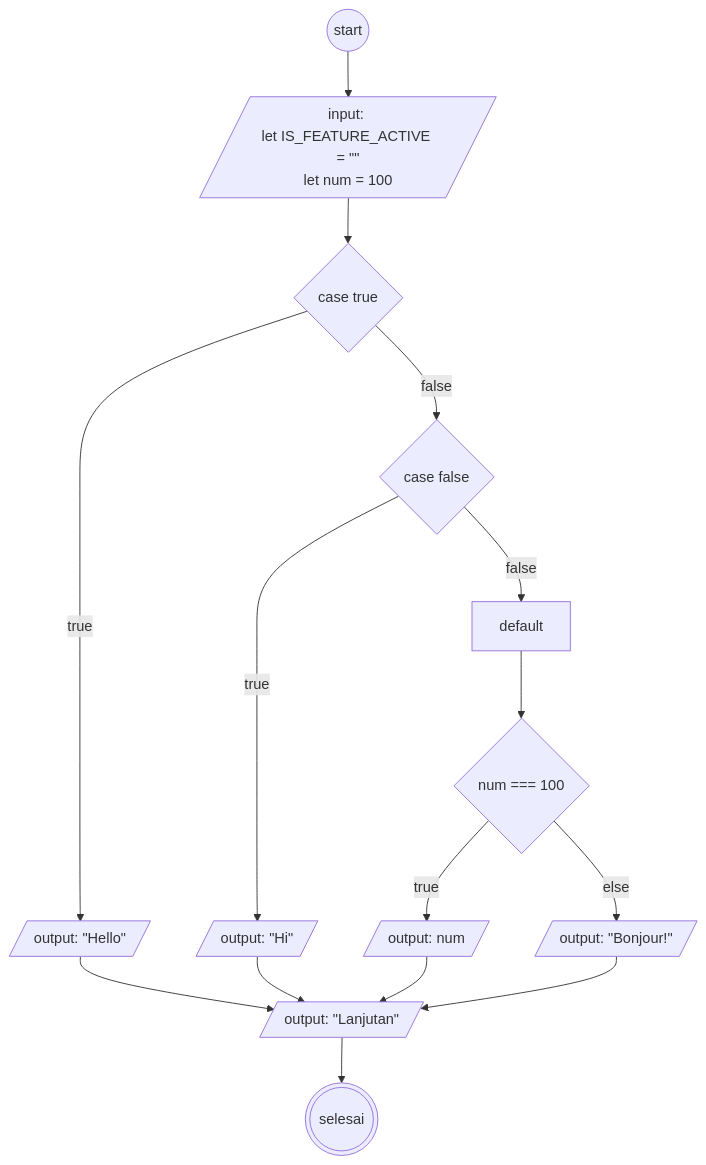
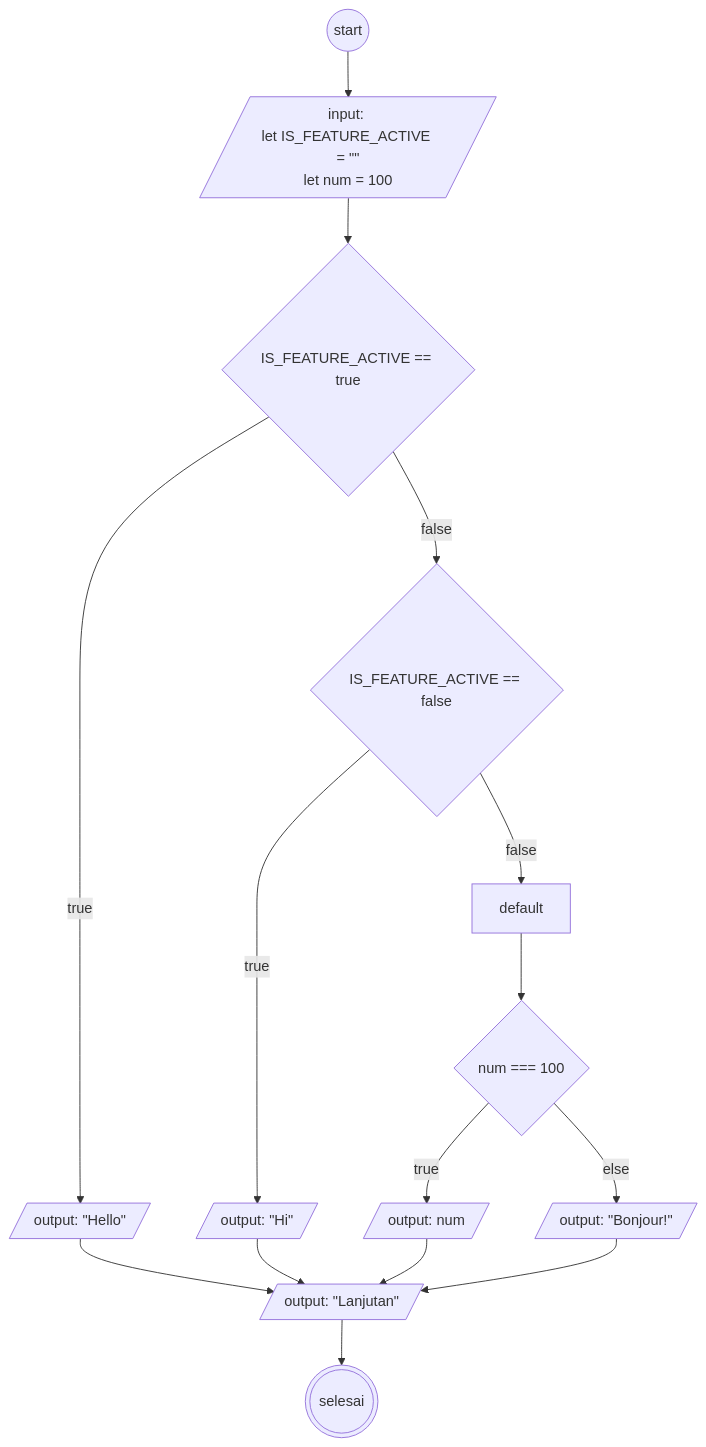
One commit to mslthn/koda-b6-javascript1 changed the diagram in flowchart-switch.md. Above: the diagram before and after it, drawn with Mermaid.

````diff
--- a/flowchart-switch.md
+++ b/flowchart-switch.md
@@ -1,34 +1,34 @@
 ```mermaid
 flowchart TD
 
 start@{shape: circ}
 init@{shape: lean-r, label: "input: 
 let IS_FEATURE_ACTIVE = #quot;#quot;
 let num = 100"}
 
-swT@{shape: diamond, label: "case true"}
-swF@{shape: diamond, label: "case false"}
+swT@{shape: diamond, label: "IS_FEATURE_ACTIVE == true"}
+swF@{shape: diamond, label: "IS_FEATURE_ACTIVE == false"}
 caseT@{shape: lean-r, label: "output: #quot;Hello#quot;"}
 caseF@{shape: lean-r, label: "output: #quot;Hi#quot;"}
 default@{}
 if@{shape: diamond, label: "num === 100"}
 ifT@{shape: lean-r, label: "output: num"}
 else@{shape: lean-r, label: "output: #quot;Bonjour!#quot;"}
 lanjutan@{shape: lean-r, label: "output: #quot;Lanjutan#quot;"}
 selesai@{shape: dbl-circ}
 
 start-->init
 init-->swT-->|true| caseT
 swT-->|false| swF
 swF-->|true| caseF
 swF-->|false| default
 
 default-->if
 if-->|true| ifT
 if-->|else| else
 caseT-->lanjutan
 caseF-->lanjutan
 ifT--> lanjutan
 else-->lanjutan
 lanjutan-->selesai
 ```
````
